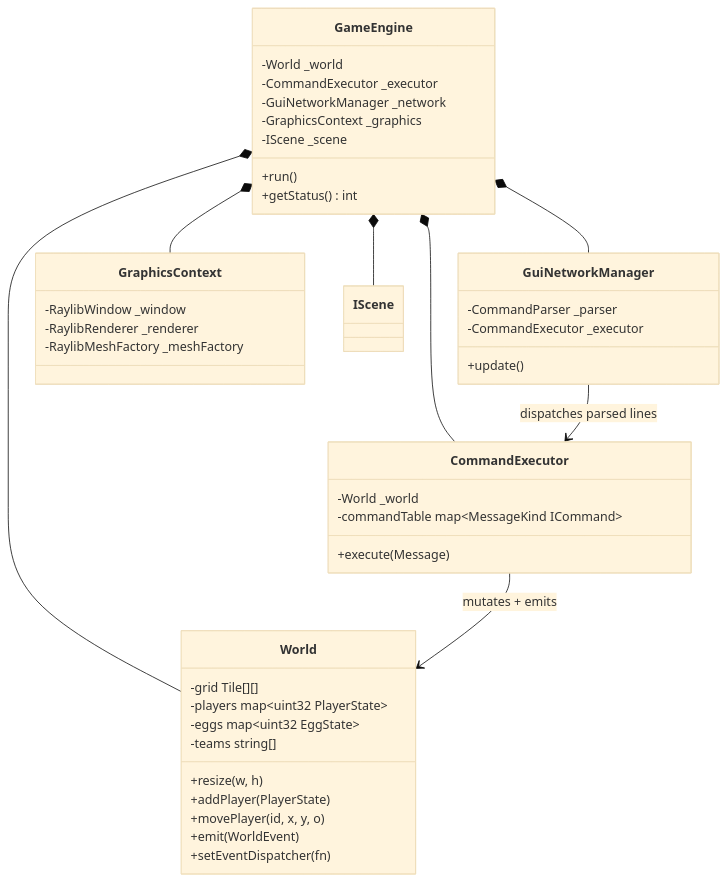
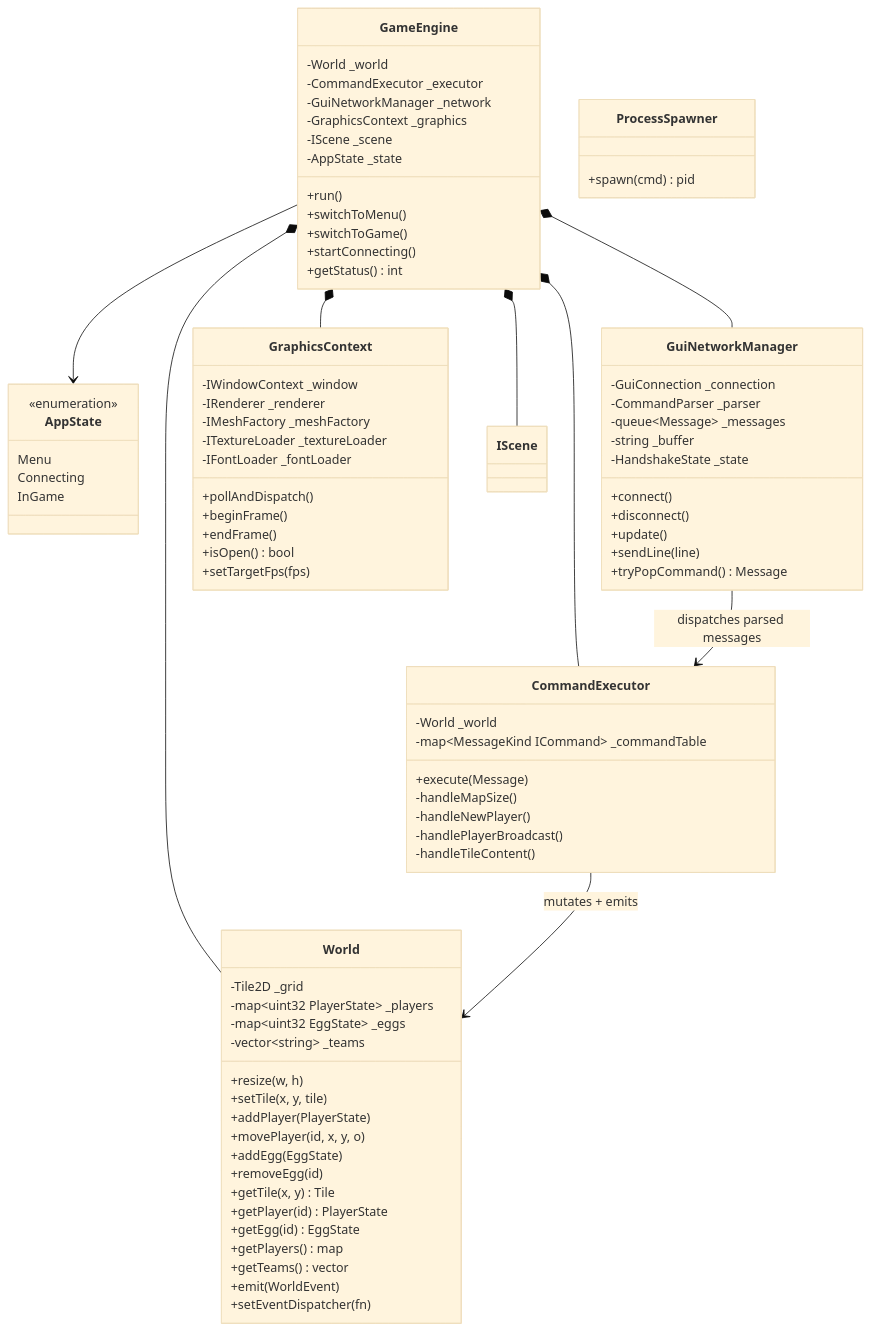
One commit to Saitamadupauvre/zappy changed the first of 15 diagrams in gui/docs/CLASS_DIAGRAM.md. Above: the diagram before and after it, drawn with Mermaid (base theme). The commit also changed other lines of this file and 142 other files, not shown here.

````diff
--- a/gui/docs/CLASS_DIAGRAM.md
+++ b/gui/docs/CLASS_DIAGRAM.md
@@ -12,38 +12,79 @@
         -GuiNetworkManager _network
         -GraphicsContext _graphics
         -IScene _scene
+        -AppState _state
         +run()
+        +switchToMenu()
+        +switchToGame()
+        +startConnecting()
         +getStatus() int
     }
 
+    class AppState {
+        <<enumeration>>
+        Menu
+        Connecting
+        InGame
+    }
+
     class World {
-        -grid Tile[][]
-        -players map~uint32 PlayerState~
-        -eggs map~uint32 EggState~
-        -teams string[]
+        -Tile2D _grid
+        -map~uint32 PlayerState~ _players
+        -map~uint32 EggState~ _eggs
+        -vector~string~ _teams
         +resize(w, h)
+        +setTile(x, y, tile)
         +addPlayer(PlayerState)
         +movePlayer(id, x, y, o)
+        +addEgg(EggState)
+        +removeEgg(id)
+        +getTile(x, y) Tile
+        +getPlayer(id) PlayerState
+        +getEgg(id) EggState
+        +getPlayers() map
+        +getTeams() vector
         +emit(WorldEvent)
         +setEventDispatcher(fn)
     }
 
     class CommandExecutor {
         -World _world
-        -commandTable map~MessageKind ICommand~
+        -map~MessageKind ICommand~ _commandTable
         +execute(Message)
+        -handleMapSize()
+        -handleNewPlayer()
+        -handlePlayerBroadcast()
+        -handleTileContent()
     }
 
     class GuiNetworkManager {
+        -GuiConnection _connection
         -CommandParser _parser
-        -CommandExecutor _executor
+        -queue~Message~ _messages
+        -string _buffer
+        -HandshakeState _state
+        +connect()
+        +disconnect()
         +update()
+        +sendLine(line)
+        +tryPopCommand() Message
     }
 
     class GraphicsContext {
-        -RaylibWindow _window
-        -RaylibRenderer _renderer
-        -RaylibMeshFactory _meshFactory
+        -IWindowContext _window
+        -IRenderer _renderer
+        -IMeshFactory _meshFactory
+        -ITextureLoader _textureLoader
+        -IFontLoader _fontLoader
+        +pollAndDispatch()
+        +beginFrame()
+        +endFrame()
+        +isOpen() bool
+        +setTargetFps(fps)
+    }
+
+    class ProcessSpawner {
+        +spawn(cmd) pid
     }
 
     GameEngine *-- World
@@ -51,6 +92,7 @@
     GameEngine *-- GuiNetworkManager
     GameEngine *-- GraphicsContext
     GameEngine *-- IScene
+    GameEngine --> AppState
     CommandExecutor --> World : mutates + emits
-    GuiNetworkManager --> CommandExecutor : dispatches parsed lines
+    GuiNetworkManager --> CommandExecutor : dispatches parsed messages
 ```
````
